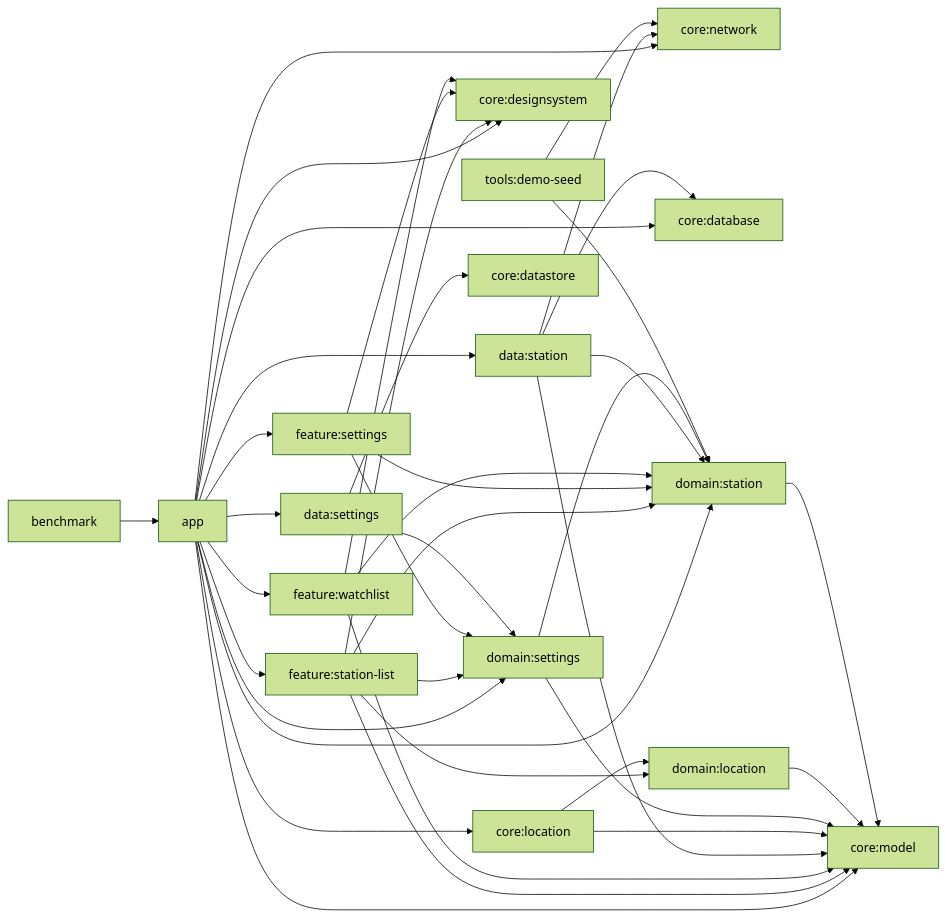
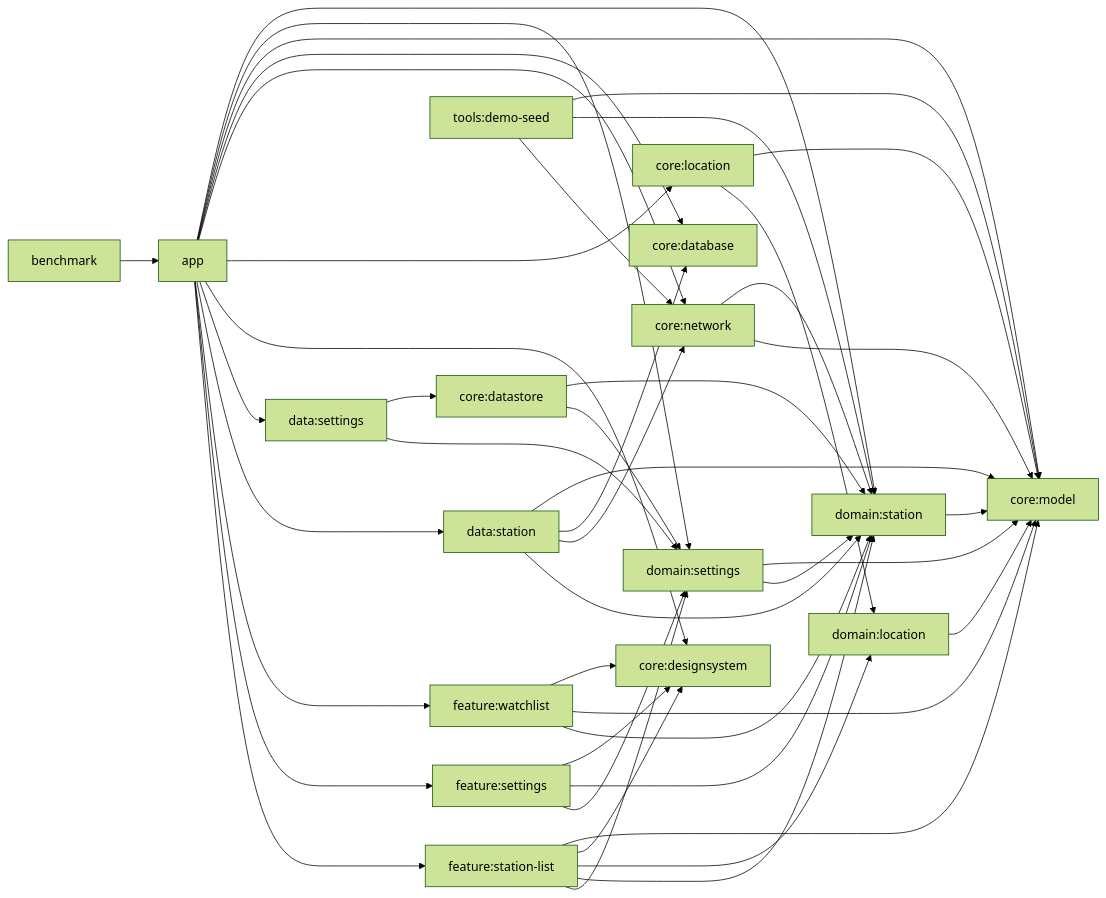
Before and after one commit to beyondwin/GasStation: the diagram in docs/architecture.md, drawn with Mermaid (forest theme). The commit also changed other lines of this file and 4 other files, not shown here.

Commit message:
docs: align architecture documentation

````diff
--- a/docs/architecture.md
+++ b/docs/architecture.md
@@ -16,48 +16,54 @@
 ```mermaid
 flowchart LR
     app["app"] --> fstation["feature:station-list"]
     app --> fsettings["feature:settings"]
     app --> fwatch["feature:watchlist"]
     app --> dstation["data:station"]
     app --> dsettings["data:settings"]
     app --> cdesign["core:designsystem"]
     app --> clocation["core:location"]
     app --> cnetwork["core:network"]
     app --> cdatabase["core:database"]
     app --> cmodel["core:model"]
     app --> domSettings["domain:settings"]
     app --> domStation["domain:station"]
 
     fstation --> domSettings
     fstation --> domStation
     fstation --> domLocation["domain:location"]
     fstation --> cdesign
     fstation --> cmodel
 
     fsettings --> domSettings
     fsettings --> domStation
     fsettings --> cdesign
 
     fwatch --> domStation
     fwatch --> cmodel
     fwatch --> cdesign
 
     dstation --> domStation
     dstation --> cnetwork
     dstation --> cdatabase
     dstation --> cmodel
 
     dsettings --> domSettings
     dsettings --> cstore["core:datastore"]
 
+    cstore --> domSettings
+    cstore --> domStation
+    cnetwork --> cmodel
+    cnetwork --> domStation
+
     clocation --> domLocation
     clocation --> cmodel
     domSettings --> domStation
     domSettings --> cmodel
     domLocation --> cmodel
     domStation --> cmodel
 
     tools["tools:demo-seed"] --> cnetwork
     tools --> domStation
+    tools --> cmodel
     benchmark["benchmark"] --> app
 ```
````
